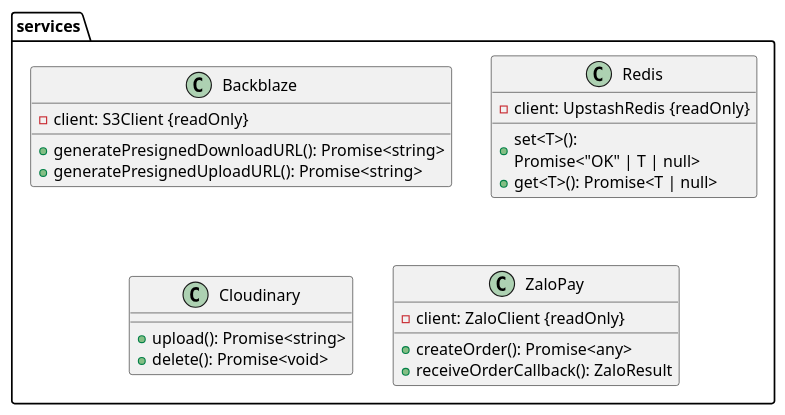
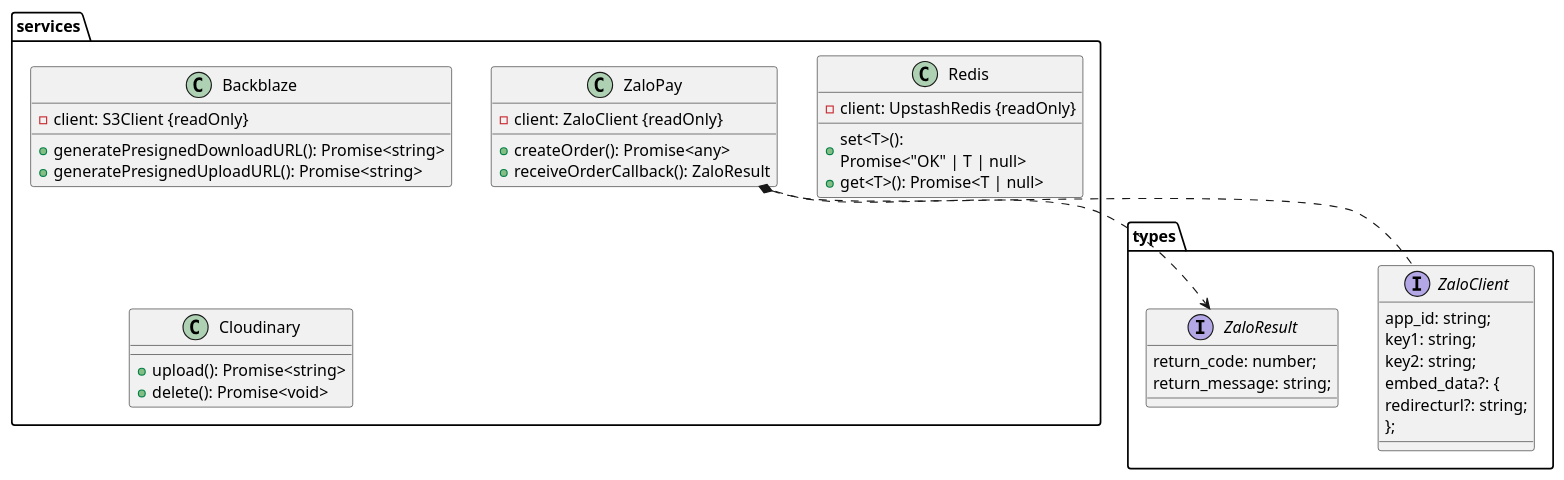
The diagram in diagrams/packages/services/index.puml (MusikStreaming/MusikStreamingBE), drawn with PlantUML before and after one commit. The commit also changed 8 other files, not shown here.

Commit message:
[UPDATE]: Drawing diagrams... Ugh

```diff
--- a/diagrams/packages/services/index.puml
+++ b/diagrams/packages/services/index.puml
@@ -1,25 +1,43 @@
 @startuml
 
 package services {
     class Backblaze {
         - client: S3Client {readOnly}
         + generatePresignedDownloadURL(): Promise<string>
         + generatePresignedUploadURL(): Promise<string>
     }
     class Redis {
         - client: UpstashRedis {readOnly}
         + set<T>(): \nPromise<"OK" | T | null>
         + get<T>(): Promise<T | null>
     }
     class Cloudinary {
         + upload(): Promise<string>
         + delete(): Promise<void>
     }
     class ZaloPay {
         - client: ZaloClient {readOnly}
         + createOrder(): Promise<any>
         + receiveOrderCallback(): ZaloResult
     }
 }
 
+package types {
+    interface ZaloClient {
+        app_id: string;
+        key1: string;
+        key2: string;
+        embed_data?: {
+            redirecturl?: string;
+        };
+    }
+    interface ZaloResult {
+      return_code: number;
+      return_message: string;
+    }
+}
+
+ZaloPay ..> ZaloResult
+ZaloPay *.. ZaloClient
+
 @enduml
```
